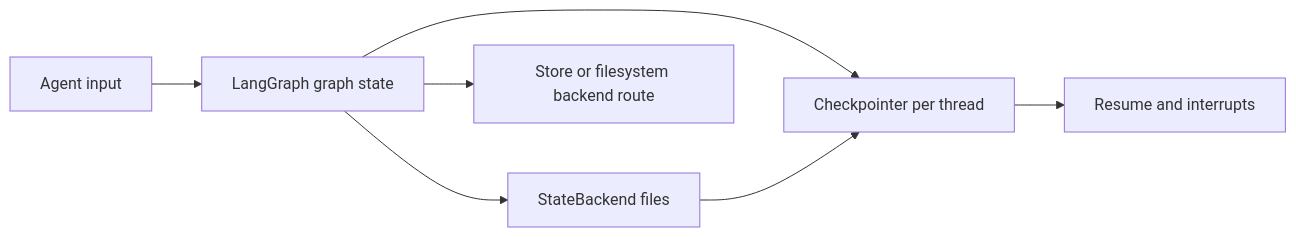
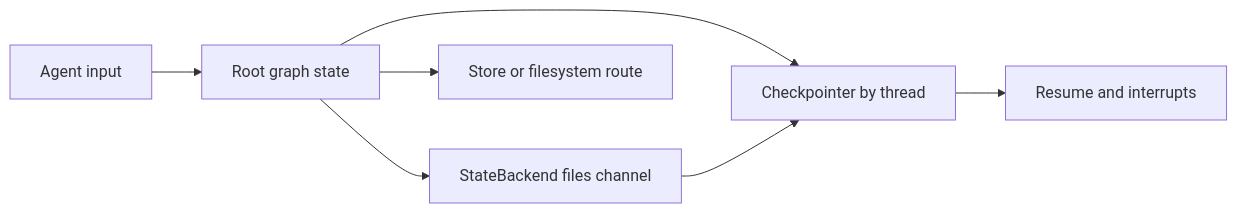
Before and after one commit to langchain-ai/deepagents: the first of 4 diagrams in openwiki/concepts/state-persistence.md, drawn with Mermaid. The commit also changed other lines of this file and 14 other files, not shown here.

````diff
--- a/openwiki/concepts/state-persistence.md
+++ b/openwiki/concepts/state-persistence.md
@@ -59,9 +65,9 @@
 ```mermaid
 flowchart LR
-    Input["Agent input"] --> Graph["LangGraph graph state"]
-    Graph --> Checkpoint["Checkpointer per thread"]
-    Checkpoint --> Resume["Resume and interrupts"]
-    Graph --> StateFiles["StateBackend files"]
-    StateFiles --> Checkpoint
-    Graph --> Durable["Store or filesystem backend route"]
+    Input["Agent input"] --> Root["Root graph state"]
+    Root --> CP["Checkpointer by thread"]
+    CP --> Resume["Resume and interrupts"]
+    Root --> Files["StateBackend files channel"]
+    Files --> CP
+    Root --> Route["Store or filesystem route"]
 ```
````
